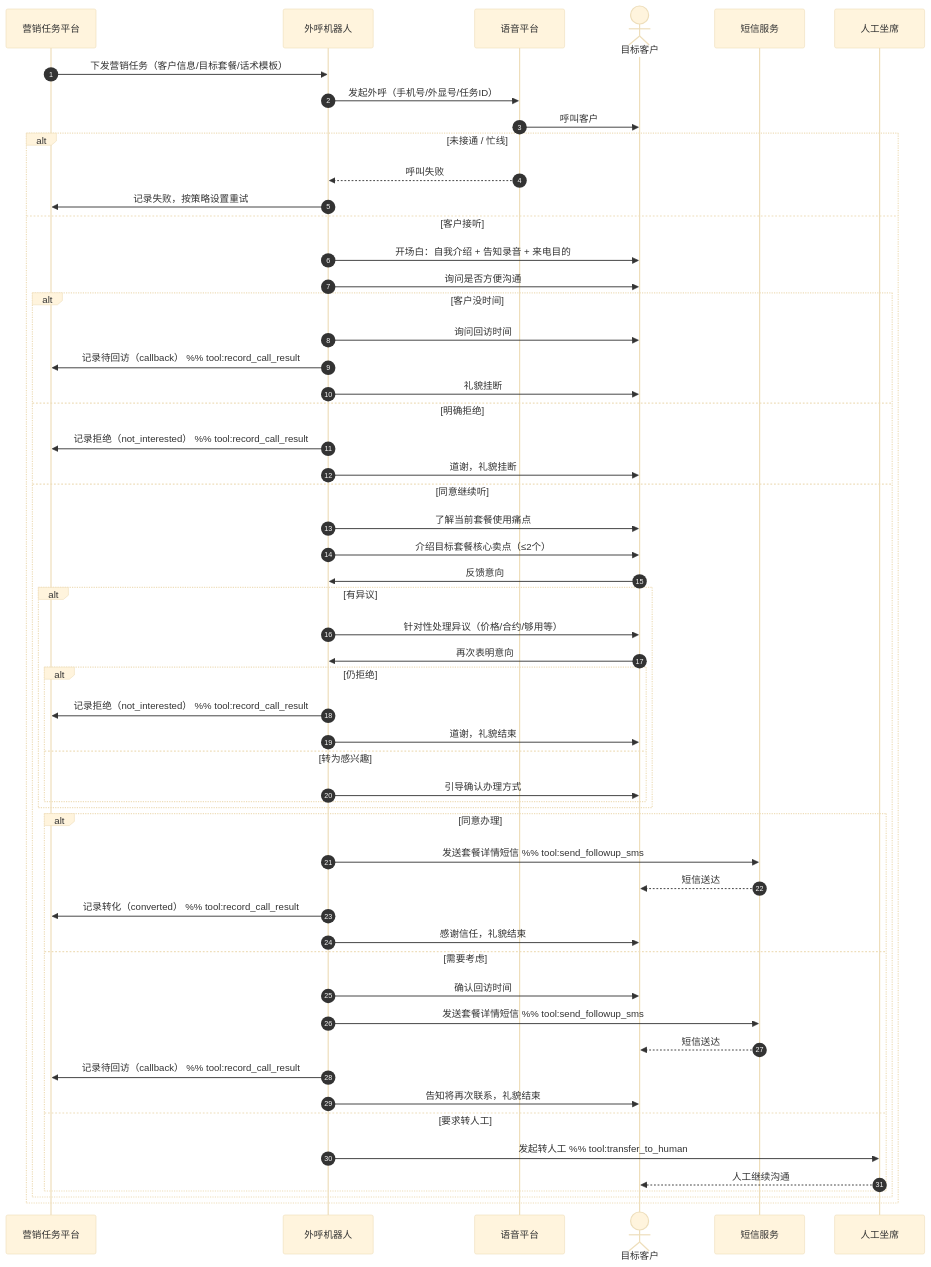
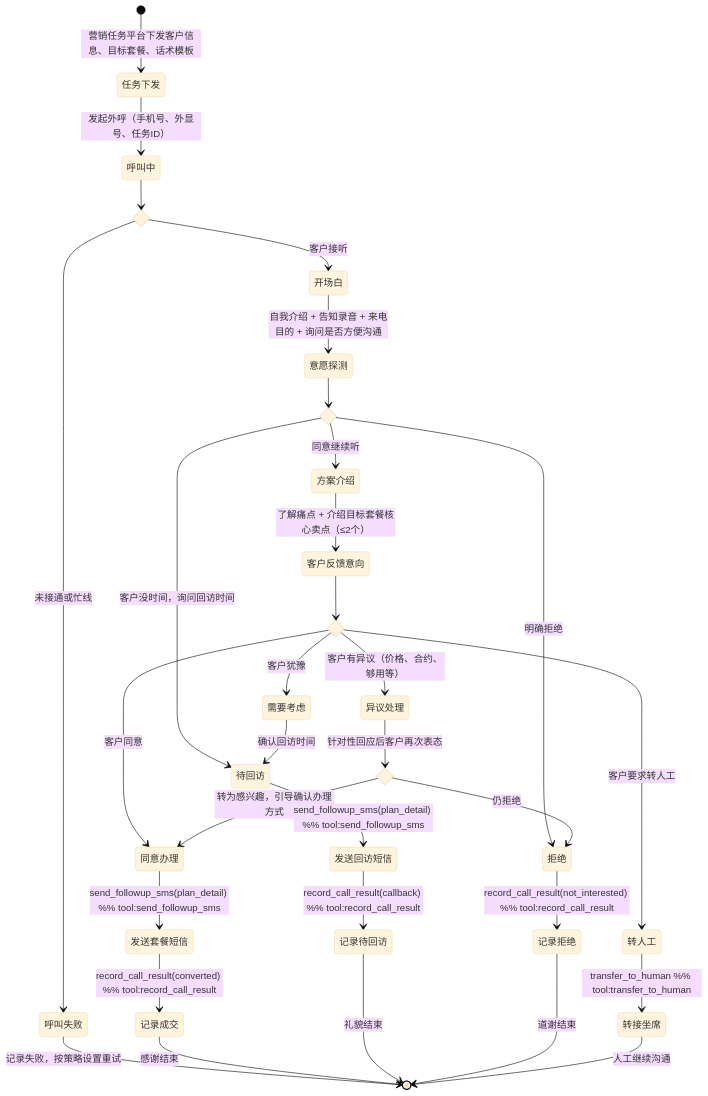
Before and after one commit to cacling/ai-bot: the diagram in backend/skills/biz-skills/outbound-marketing/SKILL.md, drawn with Mermaid (base theme). The commit also changed other lines of this file and 132 other files, not shown here.

````diff
--- a/backend/skills/biz-skills/outbound-marketing/SKILL.md
+++ b/backend/skills/biz-skills/outbound-marketing/SKILL.md
@@ -142,63 +142,49 @@
 ```mermaid
-sequenceDiagram
-    autonumber
-    participant Task as 营销任务平台
-    participant Bot as 外呼机器人
-    participant CTI as 语音平台
-    actor Customer as 目标客户
-    participant SMS as 短信服务
-    participant Agent as 人工坐席
+stateDiagram-v2
+    [*] --> 任务下发: 营销任务平台下发客户信息、目标套餐、话术模板
+    任务下发 --> 呼叫中: 发起外呼（手机号、外显号、任务ID）
 
-    Task->>Bot: 下发营销任务（客户信息/目标套餐/话术模板）
-    Bot->>CTI: 发起外呼（手机号/外显号/任务ID）
-    CTI->>Customer: 呼叫客户
+    state 呼叫结果 <<choice>>
+    呼叫中 --> 呼叫结果
+    呼叫结果 --> 呼叫失败: 未接通或忙线
+    呼叫结果 --> 开场白: 客户接听
 
-    alt 未接通 / 忙线
-        CTI-->>Bot: 呼叫失败
-        Bot->>Task: 记录失败，按策略设置重试
-    else 客户接听
-        Bot->>Customer: 开场白：自我介绍 + 告知录音 + 来电目的
-        Bot->>Customer: 询问是否方便沟通
+    呼叫失败 --> [*]: 记录失败，按策略设置重试
 
-        alt 客户没时间
-            Bot->>Customer: 询问回访时间
-            Bot->>Task: 记录待回访（callback） %% tool:record_call_result
-            Bot->>Customer: 礼貌挂断
-        else 明确拒绝
-            Bot->>Task: 记录拒绝（not_interested） %% tool:record_call_result
-            Bot->>Customer: 道谢，礼貌挂断
-        else 同意继续听
-            Bot->>Customer: 了解当前套餐使用痛点
-            Bot->>Customer: 介绍目标套餐核心卖点（≤2个）
-            Customer->>Bot: 反馈意向
+    开场白 --> 意愿探测: 自我介绍 + 告知录音 + 来电目的 + 询问是否方便沟通
 
-            alt 有异议
-                Bot->>Customer: 针对性处理异议（价格/合约/够用等）
-                Customer->>Bot: 再次表明意向
+    state 初始意愿 <<choice>>
+    意愿探测 --> 初始意愿
+    初始意愿 --> 待回访: 客户没时间，询问回访时间
+    初始意愿 --> 拒绝: 明确拒绝
+    初始意愿 --> 方案介绍: 同意继续听
 
-                alt 仍拒绝
-                    Bot->>Task: 记录拒绝（not_interested） %% tool:record_call_result
-                    Bot->>Customer: 道谢，礼貌结束
-                else 转为感兴趣
-                    Bot->>Customer: 引导确认办理方式
-                end
-            end
+    方案介绍 --> 客户反馈意向: 了解痛点 + 介绍目标套餐核心卖点（≤2个）
 
-            alt 同意办理
-                Bot->>SMS: 发送套餐详情短信 %% tool:send_followup_sms
-                SMS-->>Customer: 短信送达
-                Bot->>Task: 记录转化（converted） %% tool:record_call_result
-                Bot->>Customer: 感谢信任，礼貌结束
-            else 需要考虑
-                Bot->>Customer: 确认回访时间
-                Bot->>SMS: 发送套餐详情短信 %% tool:send_followup_sms
-                SMS-->>Customer: 短信送达
-                Bot->>Task: 记录待回访（callback） %% tool:record_call_result
-                Bot->>Customer: 告知将再次联系，礼貌结束
-            else 要求转人工
-                Bot->>Agent: 发起转人工 %% tool:transfer_to_human
-                Agent-->>Customer: 人工继续沟通
-            end
-        end
-    end
+    state 意向判断 <<choice>>
+    客户反馈意向 --> 意向判断
+    意向判断 --> 异议处理: 客户有异议（价格、合约、够用等）
+    意向判断 --> 同意办理: 客户同意
+    意向判断 --> 需要考虑: 客户犹豫
+    意向判断 --> 转人工: 客户要求转人工
+
+    state 异议结果 <<choice>>
+    异议处理 --> 异议结果: 针对性回应后客户再次表态
+    异议结果 --> 拒绝: 仍拒绝
+    异议结果 --> 同意办理: 转为感兴趣，引导确认办理方式
+
+    同意办理 --> 发送套餐短信: send_followup_sms(plan_detail) %% tool:send_followup_sms
+    发送套餐短信 --> 记录成交: record_call_result(converted) %% tool:record_call_result
+    记录成交 --> [*]: 感谢结束
+
+    需要考虑 --> 待回访: 确认回访时间
+    待回访 --> 发送回访短信: send_followup_sms(plan_detail) %% tool:send_followup_sms
+    发送回访短信 --> 记录待回访: record_call_result(callback) %% tool:record_call_result
+    记录待回访 --> [*]: 礼貌结束
+
+    拒绝 --> 记录拒绝: record_call_result(not_interested) %% tool:record_call_result
+    记录拒绝 --> [*]: 道谢结束
+
+    转人工 --> 转接坐席: transfer_to_human %% tool:transfer_to_human
+    转接坐席 --> [*]: 人工继续沟通
 ```
````
